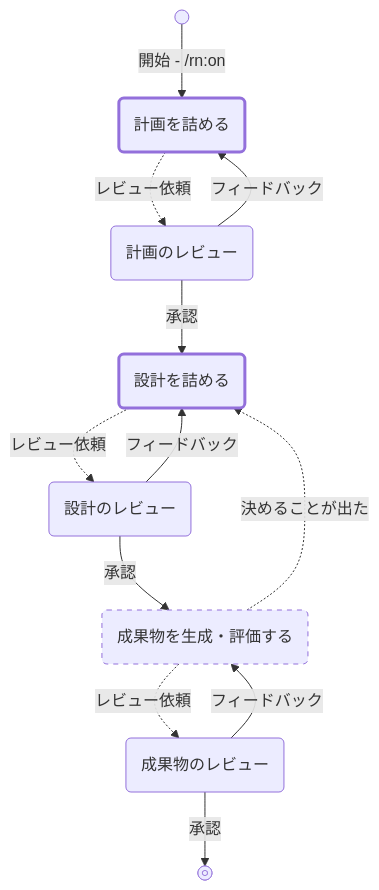
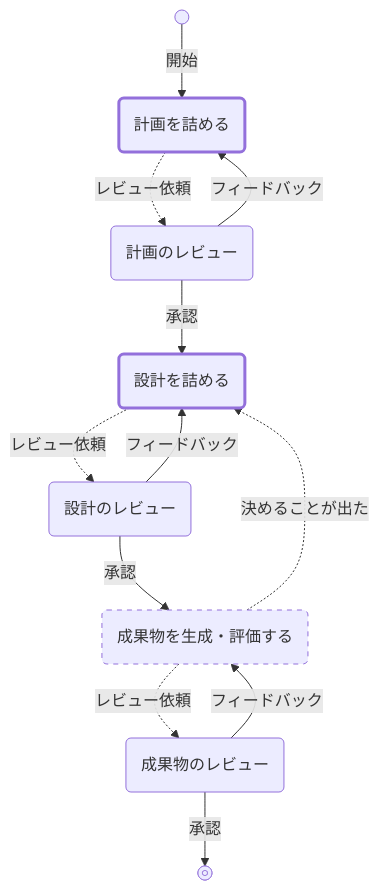
One commit to lovaizu/ccpm changed the diagram in rn/README.md. Above: the diagram before and after it, drawn with Mermaid.

Commit message:
docs(rn): README — no command names in the diagram; the step headings pair words with commands

````diff
--- a/rn/README.md
+++ b/rn/README.md
@@ -22,27 +22,27 @@
 ```mermaid
 flowchart TD
     S@{ shape: sm-circ }
     PlanTalk("計画を詰める")
     Plan("計画のレビュー")
     DesignTalk("設計を詰める")
     Design("設計のレビュー")
     Make("成果物を生成・評価する")
     Deliverable("成果物のレビュー")
     E@{ shape: fr-circ }
 
-    S -->|"開始 - /rn:on"| PlanTalk
+    S -->|開始| PlanTalk
     PlanTalk -.->|レビュー依頼| Plan
     Plan -->|フィードバック| PlanTalk
     Plan -->|承認| DesignTalk
     DesignTalk -.->|レビュー依頼| Design
     Design -->|フィードバック| DesignTalk
     Design -->|承認| Make
     Make -.->|決めることが出た| DesignTalk
     Make -.->|レビュー依頼| Deliverable
     Deliverable -->|フィードバック| Make
     Deliverable -->|承認| E
 
     style Make stroke-dasharray: 5 5
     style PlanTalk stroke-width: 3px
     style DesignTalk stroke-width: 3px
 ```
````
